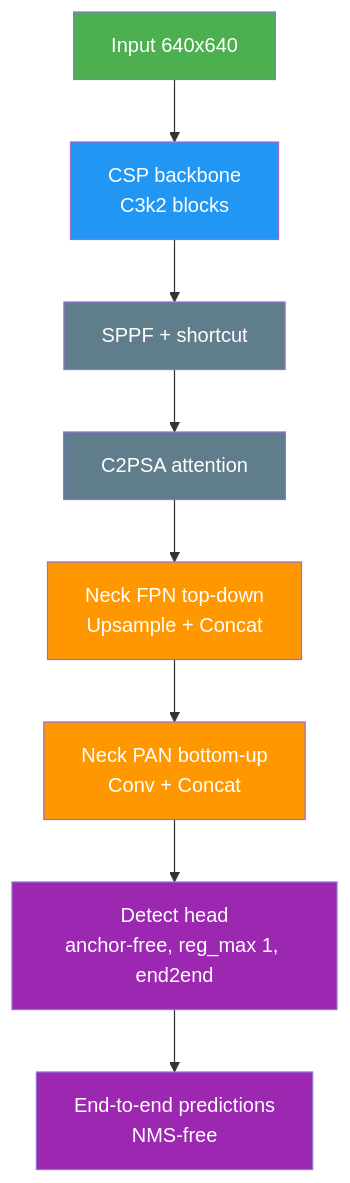
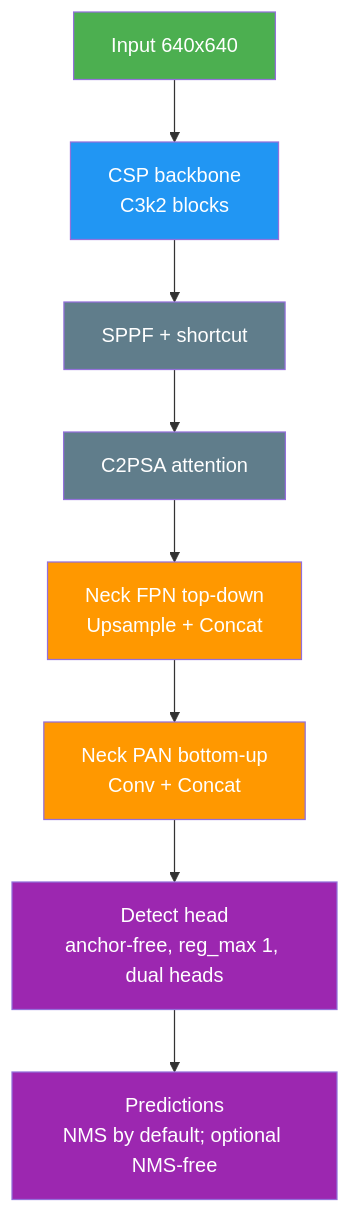
Before and after one commit to Rehman-AD/cv-yolov8-core: the fifth of 5 diagrams in docs/en/guides/yolo-architecture.md, drawn with Mermaid. The commit also changed other lines of this file and 56 other files, not shown here.

````diff
--- a/docs/en/guides/yolo-architecture.md
+++ b/docs/en/guides/yolo-architecture.md
@@ -99,15 +99,15 @@
     ```mermaid
     flowchart TD
         IN[Input 640x640]:::start --> BB[CSP backbone<br/>C3k2 blocks]:::proc
         BB --> SP[SPPF + shortcut]:::extern
         SP --> PSA[C2PSA attention]:::extern
         PSA --> FPN[Neck FPN top-down<br/>Upsample + Concat]:::decide
         FPN --> PAN[Neck PAN bottom-up<br/>Conv + Concat]:::decide
-        PAN --> HD[Detect head<br/>anchor-free, reg_max 1, end2end]:::out
-        HD --> O[End-to-end predictions<br/>NMS-free]:::out
+        PAN --> HD[Detect head<br/>anchor-free, reg_max 1, dual heads]:::out
+        HD --> O[Predictions<br/>NMS by default; optional NMS-free]:::out
         classDef start fill:#4CAF50,color:#fff
         classDef proc fill:#2196F3,color:#fff
         classDef decide fill:#FF9800,color:#fff
         classDef out fill:#9C27B0,color:#fff
         classDef extern fill:#607D8B,color:#fff
     ```
````
